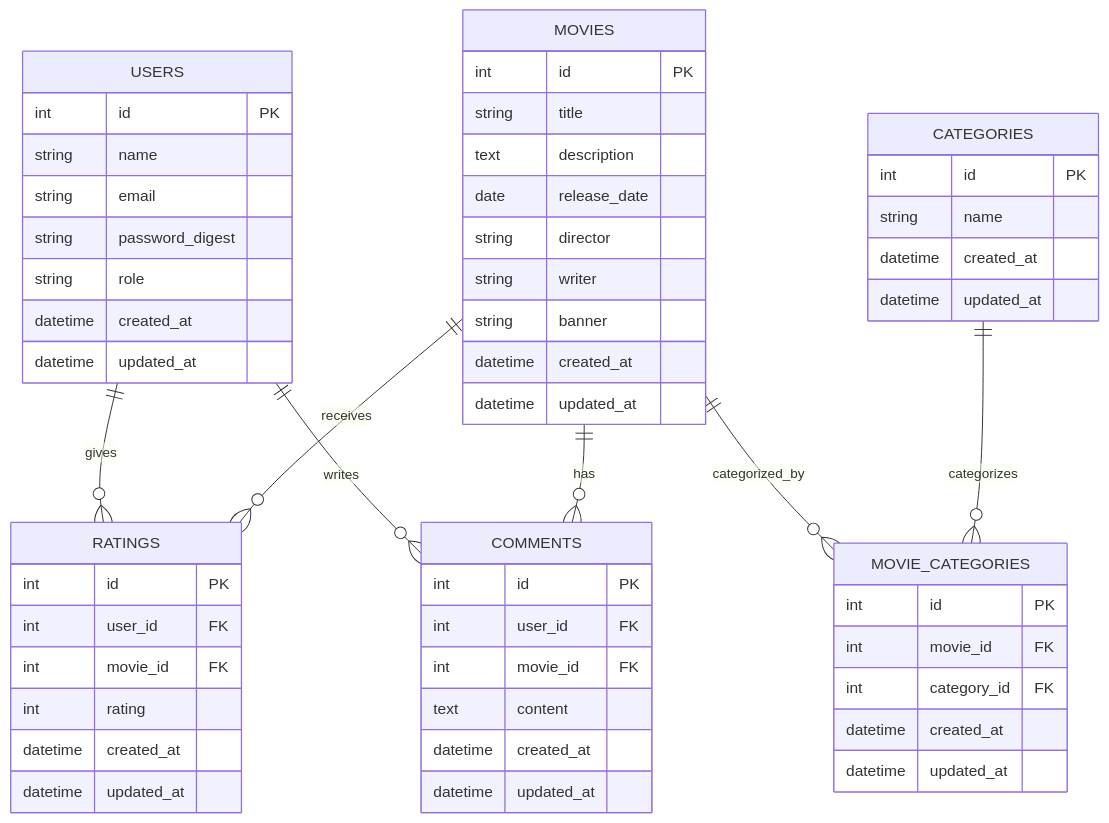
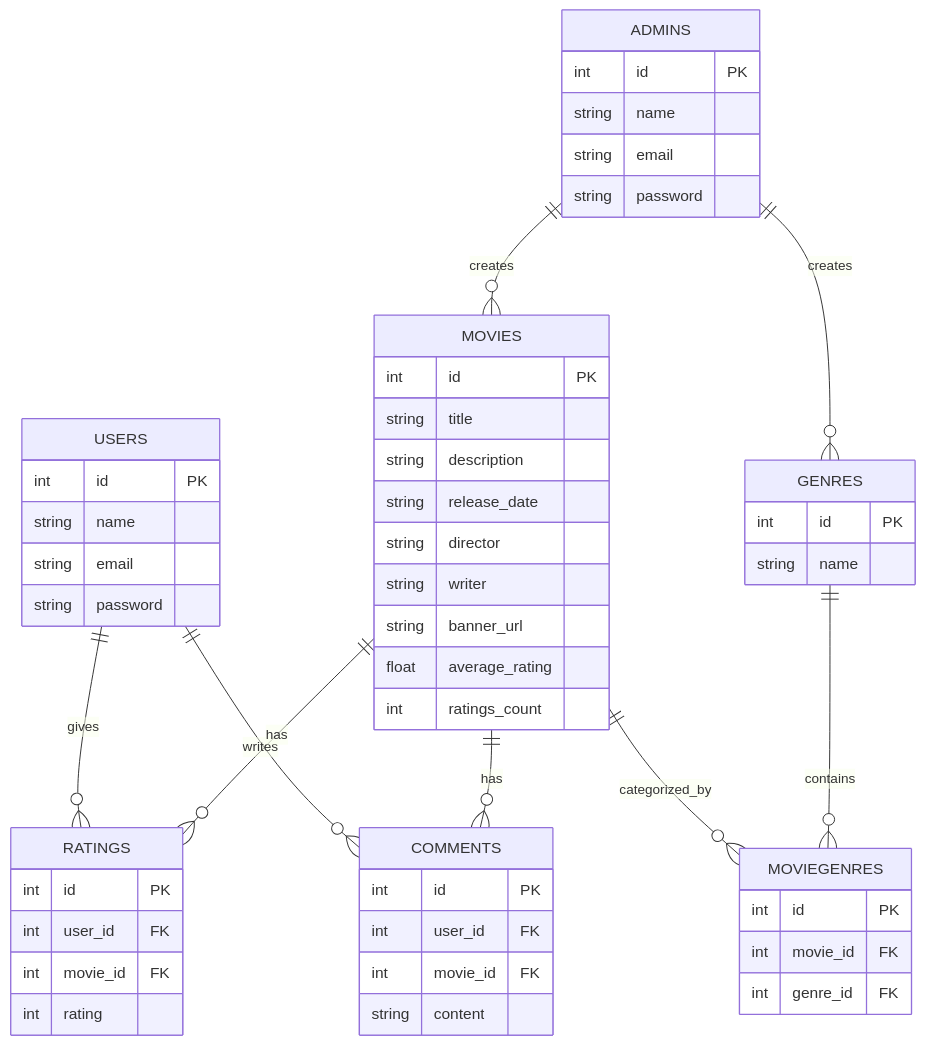
Before and after one commit to vardarasoftware/movie_review_app: the diagram in docs/schema.md, drawn with Mermaid. The commit also changed other lines of this file, not shown here.

Commit message:
docs: update database schema design

````diff
--- a/docs/schema.md
+++ b/docs/schema.md
@@ -93,65 +106,68 @@
 ```mermaid
 erDiagram
 
-USERS {
-int id PK
-string name
-string email
-string password_digest
-string role
-datetime created_at
-datetime updated_at
-}
+    ADMINS {
+        int id PK
+        string name
+        string email
+        string password
+    }
 
-MOVIES {
-int id PK
-string title
-text description
-date release_date
-string director
-string writer
-string banner
-datetime created_at
-datetime updated_at
-}
+    USERS {
+        int id PK
+        string name
+        string email
+        string password
+    }
 
-CATEGORIES {
-int id PK
-string name
-datetime created_at
-datetime updated_at
-}
+    MOVIES {
+        int id PK
+        string title
+        string description
+        string release_date
+        string director
+        string writer
+        string banner_url
+        float average_rating
+        int ratings_count
+    }
 
-MOVIE_CATEGORIES {
-int id PK
-int movie_id FK
-int category_id FK
-datetime created_at
-datetime updated_at
-}
+    GENRES {
+        int id PK
+        string name
+    }
 
-RATINGS {
-int id PK
-int user_id FK
-int movie_id FK
-int rating
-datetime created_at
-datetime updated_at
-}
+    MOVIEGENRES {
+        int id PK
+        int movie_id FK
+        int genre_id FK
+    }
 
-COMMENTS {
-int id PK
-int user_id FK
-int movie_id FK
-text content
-datetime created_at
-datetime updated_at
-}
+    RATINGS {
+        int id PK
+        int user_id FK
+        int movie_id FK
+        int rating
+    }
 
-USERS ||--o{ RATINGS : gives
-USERS ||--o{ COMMENTS : writes
-MOVIES ||--o{ RATINGS : receives
-MOVIES ||--o{ COMMENTS : has
-MOVIES ||--o{ MOVIE_CATEGORIES : categorized_by
-CATEGORIES ||--o{ MOVIE_CATEGORIES : categorizes
+    COMMENTS {
+        int id PK
+        int user_id FK
+        int movie_id FK
+        string content
+    }
+
+    %% Relationships
+    ADMINS ||--o{ MOVIES : creates
+    ADMINS ||--o{ GENRES : creates
+
+    USERS ||--o{ RATINGS : gives
+    USERS ||--o{ COMMENTS : writes
+
+    MOVIES ||--o{ RATINGS : has
+    MOVIES ||--o{ COMMENTS : has
+    MOVIES ||--o{ MOVIEGENRES : categorized_by
+
+    GENRES ||--o{ MOVIEGENRES : contains
+
 ```
````
